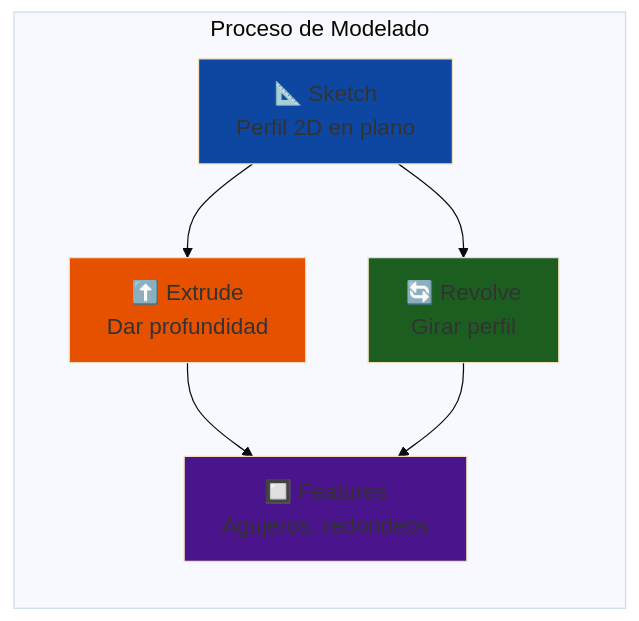
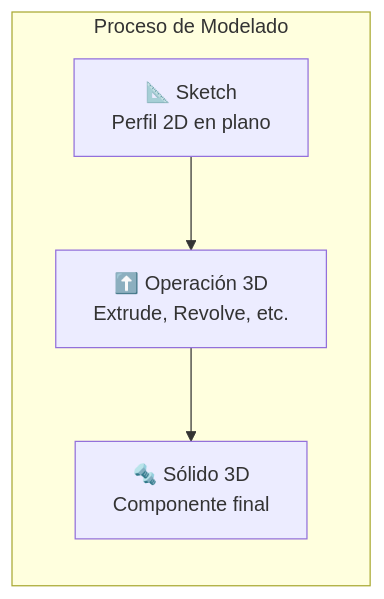
One commit to Ai-Whisperers/Courses-Content changed the diagram in courses/02-development/FPUNA-2026/03-INGENIERIA-AERONAUTICA/modules/01-cad-with-ai/README.md. Above: the diagram before and after it, drawn with Mermaid. The commit also changed other lines of this file and 62 other files, not shown here.

````diff
--- a/courses/02-development/FPUNA-2026/03-INGENIERIA-AERONAUTICA/modules/01-cad-with-ai/README.md
+++ b/courses/02-development/FPUNA-2026/03-INGENIERIA-AERONAUTICA/modules/01-cad-with-ai/README.md
@@ -449,20 +47,6 @@
 ```mermaid
-%%{init: {'theme':'base', 'themeVariables': {'fontSize':'18px'}}}%%
 graph LR
     subgraph "Proceso de Modelado"
-        A[📐 Sketch<br/>Perfil 2D en plano]
-        B[⬆️ Extrude<br/>Dar profundidad]
-        C[🔄 Revolve<br/>Girar perfil]
-        D[🔲 Features<br/>Agujeros, redondeos]
-        
-        A --> B
-        A --> C
-        B --> D
-        C --> D
+        A[📐 Sketch<br/>Perfil 2D en plano] --> B[⬆️ Operación 3D<br/>Extrude, Revolve, etc.] --> C[🔩 Sólido 3D<br/>Componente final]
     end
-    
-    style A fill:#0d47a1
-    style B fill:#e65100
-    style C fill:#1b5e20
-    style D fill:#4a148c
 ```
````
